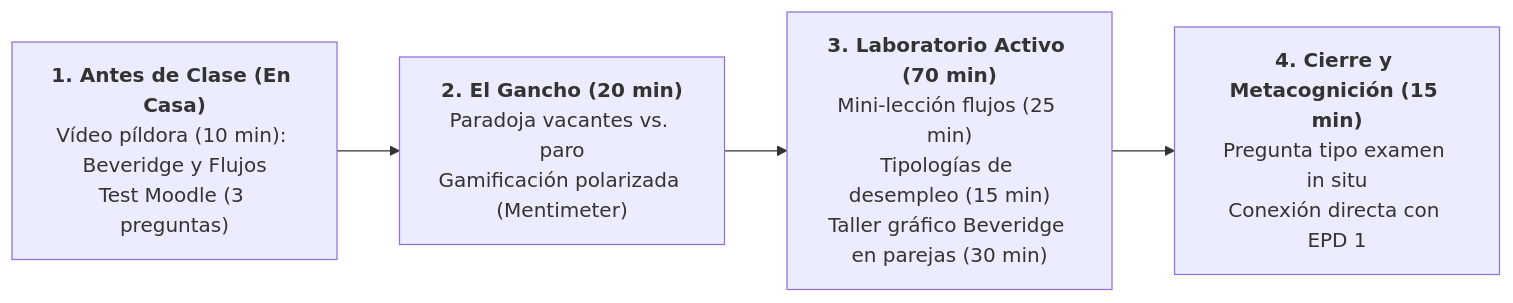
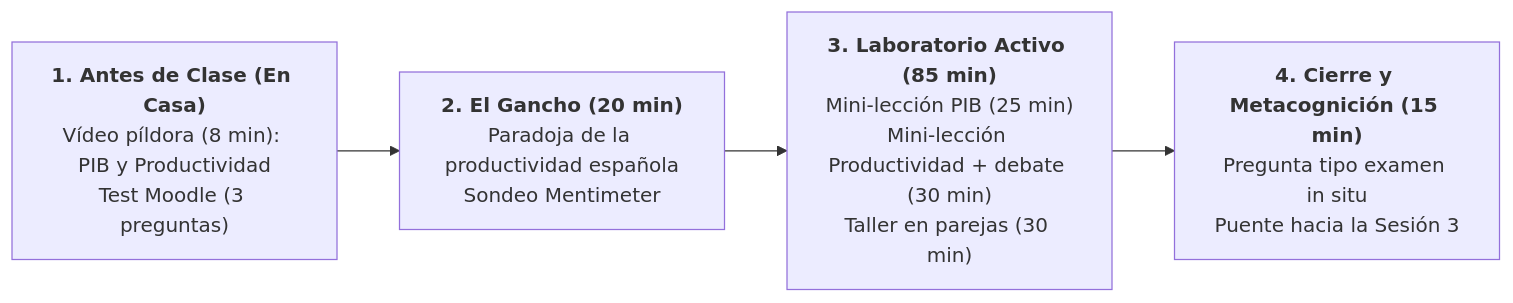
Before and after one commit to mhidper/PSSLL2627: the diagram in cronograma/guion_sesion_1409_martes.md, drawn with Mermaid. The commit also changed other lines of this file and 3 other files, not shown here.

````diff
--- a/cronograma/guion_sesion_1409_martes.md
+++ b/cronograma/guion_sesion_1409_martes.md
@@ -49,6 +54,6 @@
 ```mermaid
 flowchart LR
-    A["<b>1. Antes de Clase (En Casa)</b><br>Vídeo píldora (10 min): Beveridge y Flujos<br>Test Moodle (3 preguntas)"] --> B["<b>2. El Gancho (20 min)</b><br>Paradoja vacantes vs. paro<br>Gamificación polarizada (Mentimeter)"]
-    B --> C["<b>3. Laboratorio Activo (70 min)</b><br>Mini-lección flujos (25 min)<br>Tipologías de desempleo (15 min)<br>Taller gráfico Beveridge en parejas (30 min)"]
-    C --> D["<b>4. Cierre y Metacognición (15 min)</b><br>Pregunta tipo examen in situ<br>Conexión directa con EPD 1"]
+    A["<b>1. Antes de Clase (En Casa)</b><br>Vídeo píldora (8 min): PIB y Productividad<br>Test Moodle (3 preguntas)"] --> B["<b>2. El Gancho (20 min)</b><br>Paradoja de la productividad española<br>Sondeo Mentimeter"]
+    B --> C["<b>3. Laboratorio Activo (85 min)</b><br>Mini-lección PIB (25 min)<br>Mini-lección Productividad + debate (30 min)<br>Taller en parejas (30 min)"]
+    C --> D["<b>4. Cierre y Metacognición (15 min)</b><br>Pregunta tipo examen in situ<br>Puente hacia la Sesión 3"]
 ```
````
